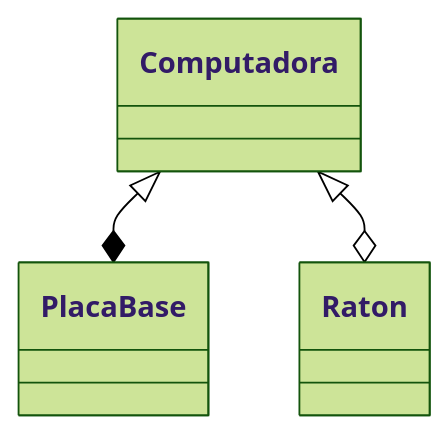
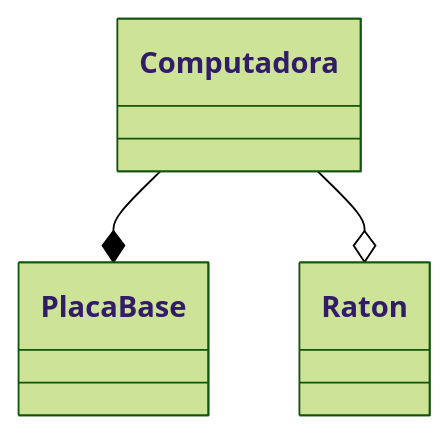
The third of 6 diagrams in README.md (antondm11/6.2.BateriaDeEjercicios), drawn with Mermaid (forest theme) before and after one commit.

````diff
--- a/README.md
+++ b/README.md
@@ -39,15 +39,15 @@
 ```mermaid
 classDiagram
 direction TB
     class Computadora {
     }
 
     class PlacaBase {
     }
 
     class Raton {
     }
 
-    Computadora <|--* PlacaBase
-    Computadora <|--o Raton
+    Computadora --* PlacaBase
+    Computadora --o Raton
 ```
````
